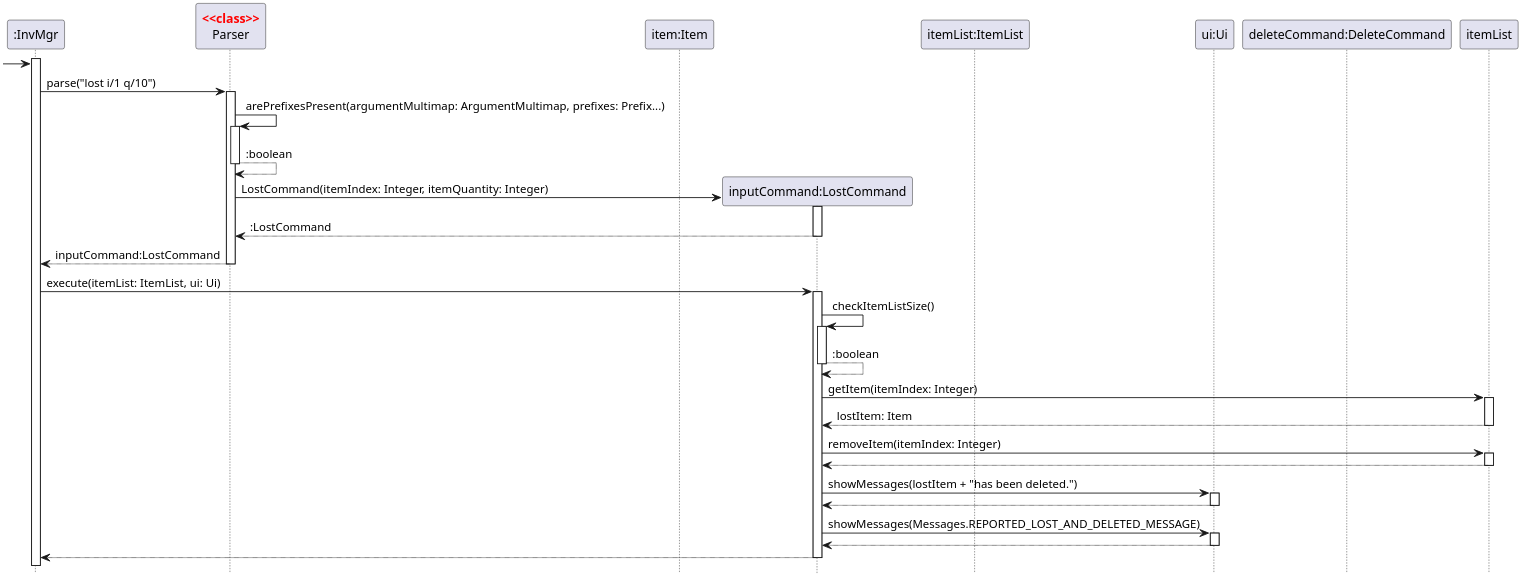
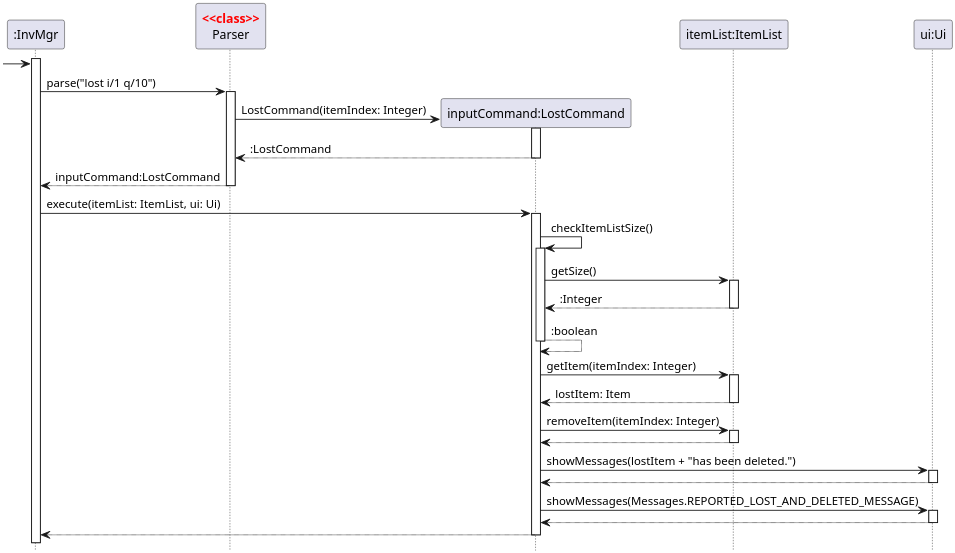
The diagram in docs/diagrams/LostCommandSequenceDiagram.puml (nus-cs2113-AY2122S2/tp), drawn with PlantUML before and after one commit. The commit also changed 5 other files, not shown here.

Commit message:
Updates DG with information on HelpCommand implementation and also modifies LostCommand and ReturnCommand implementation descriptions

```diff
--- a/docs/diagrams/LostCommandSequenceDiagram.puml
+++ b/docs/diagrams/LostCommandSequenceDiagram.puml
@@ -1,58 +1,55 @@
 @startuml
 'https://plantuml.com/sequence-diagram
 hide footbox
 
 skinparam dpi 300
 skinparam guillemet false
 skinparam sequenceStereotypeFontColor red
 skinparam sequenceStereotypeFontStyle bold
 
 Participant ":InvMgr" as invmgr
 Participant "Parser" as parser <<class>>
-Participant "item:Item" as item
 Participant "inputCommand:LostCommand" as cmd
-Participant "itemList:ItemList" as itemlist
+Participant "itemList:ItemList" as list
 Participant "ui:Ui" as ui
-Participant "deleteCommand:DeleteCommand" as delCommand
 
 activate invmgr
 
 -> invmgr
 invmgr -> parser:parse("lost i/1 q/10")
 activate parser
 
-parser -> parser:arePrefixesPresent(argumentMultimap: ArgumentMultimap, prefixes: Prefix...)
-activate parser
-return :boolean
-
 create cmd
-parser -> cmd:LostCommand(itemIndex: Integer, itemQuantity: Integer)
+parser -> cmd:LostCommand(itemIndex: Integer)
 activate cmd
 return :LostCommand
 
 return inputCommand:LostCommand
 
 invmgr -> cmd:execute(itemList: ItemList, ui: Ui)
 activate cmd
 
 cmd -> cmd:checkItemListSize()
 activate cmd
+cmd -> list: getSize()
+activate list
+return :Integer
 return :boolean
 
-cmd -> itemList: getItem(itemIndex: Integer)
-activate itemList
+cmd -> list: getItem(itemIndex: Integer)
+activate list
 return lostItem: Item
 
-cmd -> itemList: removeItem(itemIndex: Integer)
-activate itemList
+cmd -> list: removeItem(itemIndex: Integer)
+activate list
 return
 
 cmd -> ui: showMessages(lostItem + "has been deleted.")
 activate ui
 return
 cmd -> ui: showMessages(Messages.REPORTED_LOST_AND_DELETED_MESSAGE)
 activate ui
 return
 
 return
 @enduml
```
